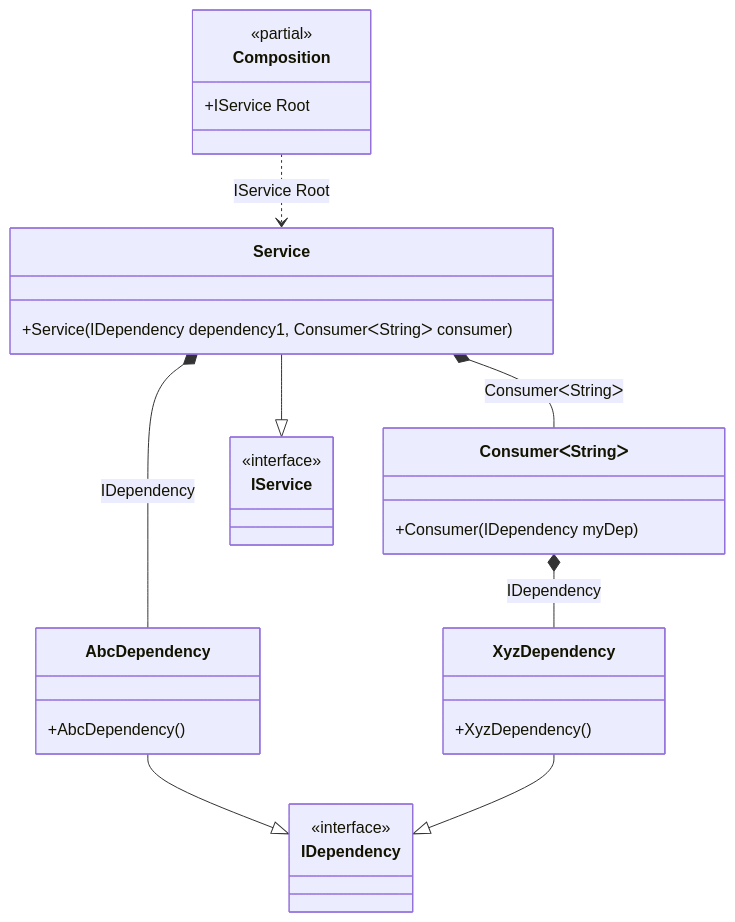
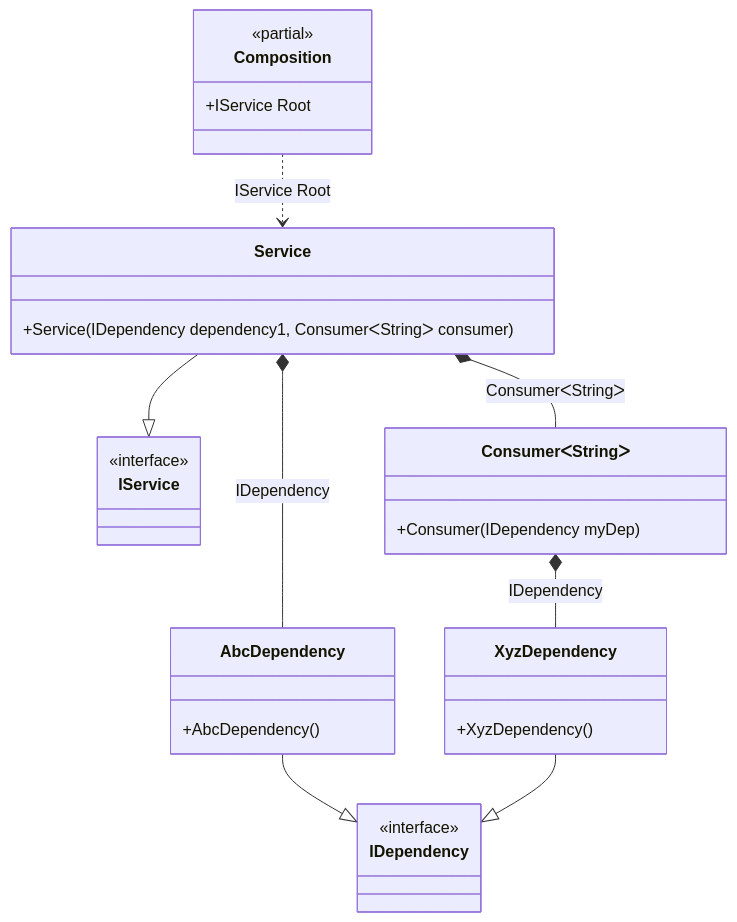
Before and after one commit to DevTeam/Pure.DI: the diagram in readme/tag-on-a-constructor-argument.md, drawn with Mermaid. The commit also changed other lines of this file and 92 other files, not shown here.

````diff
--- a/readme/tag-on-a-constructor-argument.md
+++ b/readme/tag-on-a-constructor-argument.md
@@ -90,32 +90,32 @@
 ```mermaid
 classDiagram
 	class Composition {
 		<<partial>>
 		+IService Root
 	}
-	class ConsumerᐸStringᐳ {
-		+Consumer(IDependency myDep)
+	Service --|> IService
+	class Service {
+		+Service(IDependency dependency1, ConsumerᐸStringᐳ consumer)
 	}
 	AbcDependency --|> IDependency
 	class AbcDependency {
 		+AbcDependency()
 	}
+	class ConsumerᐸStringᐳ {
+		+Consumer(IDependency myDep)
+	}
 	XyzDependency --|> IDependency
 	class XyzDependency {
 		+XyzDependency()
 	}
-	Service --|> IService
-	class Service {
-		+Service(IDependency dependency1, ConsumerᐸStringᐳ consumer)
+	class IService {
+		<<interface>>
 	}
 	class IDependency {
 		<<interface>>
 	}
-	class IService {
-		<<interface>>
-	}
-	ConsumerᐸStringᐳ *--  XyzDependency : IDependency
 	Composition ..> Service : IService Root
 	Service *--  AbcDependency : IDependency
 	Service *--  ConsumerᐸStringᐳ : ConsumerᐸStringᐳ
+	ConsumerᐸStringᐳ *--  XyzDependency : IDependency
 ```
````
